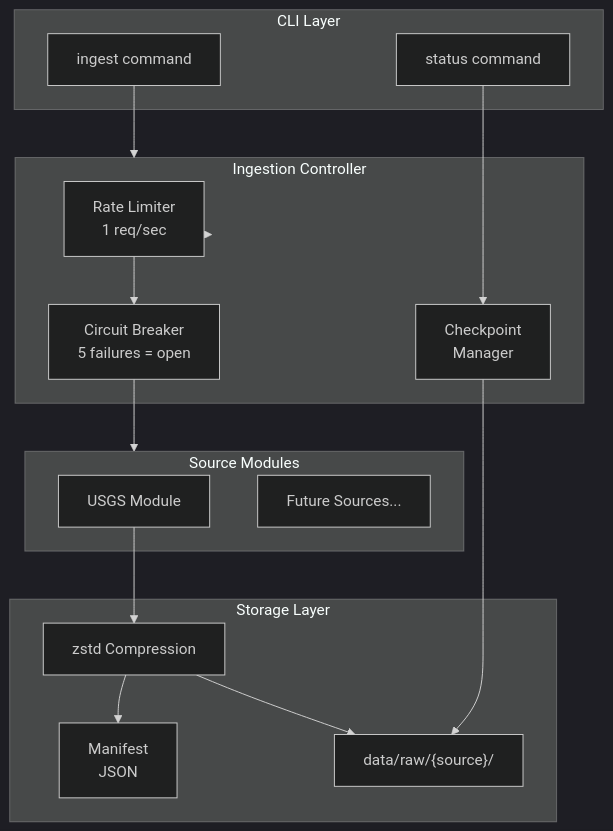
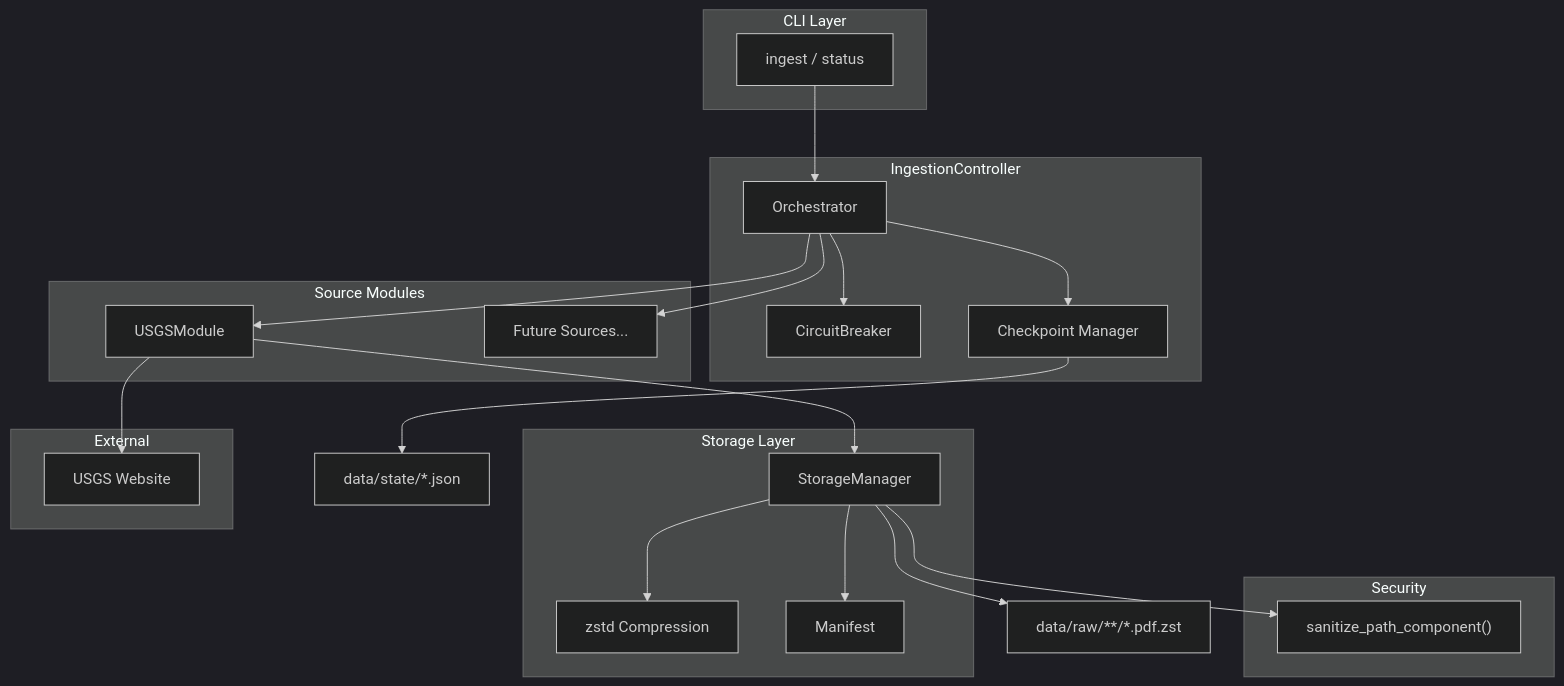
Before and after one commit to martymcenroe/RCA-PDF-extraction-pipeline: the first of 2 diagrams in docs/lineage/active/23-lld/002-draft.md, drawn with Mermaid (dark theme). The commit also changed other lines of this file and 13 other files, not shown here.

````diff
--- a/docs/lineage/active/23-lld/002-draft.md
+++ b/docs/lineage/active/23-lld/002-draft.md
@@ -444,34 +482,47 @@
 ```mermaid
 flowchart TB
     subgraph CLI["CLI Layer"]
-        IngestCmd["ingest command"]
-        StatusCmd["status command"]
+        CMD["ingest / status"]
     end
-
-    subgraph Controller["Ingestion Controller"]
-        RateLimit["Rate Limiter<br/>1 req/sec"]
-        CircuitBreaker["Circuit Breaker<br/>5 failures = open"]
-        Checkpoint["Checkpoint<br/>Manager"]
+    
+    subgraph Controller["IngestionController"]
+        ORCH["Orchestrator"]
+        CB["CircuitBreaker"]
+        CP["Checkpoint Manager"]
     end
-
+    
     subgraph Sources["Source Modules"]
-        USGS["USGS Module"]
-        Future["Future Sources..."]
+        USGS["USGSModule"]
+        FUTURE["Future Sources..."]
     end
-
+    
     subgraph Storage["Storage Layer"]
-        Compress["zstd Compression"]
-        Manifest["Manifest<br/>JSON"]
-        Files["data/raw/{source}/"]
+        SM["StorageManager"]
+        ZSTD["zstd Compression"]
+        MAN["Manifest"]
     end
-
-    IngestCmd --> Controller
-    StatusCmd --> Checkpoint
-    Controller --> RateLimit
-    RateLimit --> CircuitBreaker
-    CircuitBreaker --> Sources
-    USGS --> Compress
-    Compress --> Files
-    Compress --> Manifest
-    Checkpoint --> Files
+    
+    subgraph Security["Security"]
+        SAN["sanitize_path_component()"]
+    end
+    
+    subgraph External["External"]
+        WEB["USGS Website"]
+    end
+    
+    CMD --> ORCH
+    ORCH --> CB
+    ORCH --> CP
+    ORCH --> USGS
+    ORCH --> FUTURE
+    
+    USGS --> WEB
+    USGS --> SM
+    
+    SM --> SAN
+    SM --> ZSTD
+    SM --> MAN
+    
+    CP --> STATE["data/state/*.json"]
+    SM --> RAW["data/raw/**/*.pdf.zst"]
 ```
````
